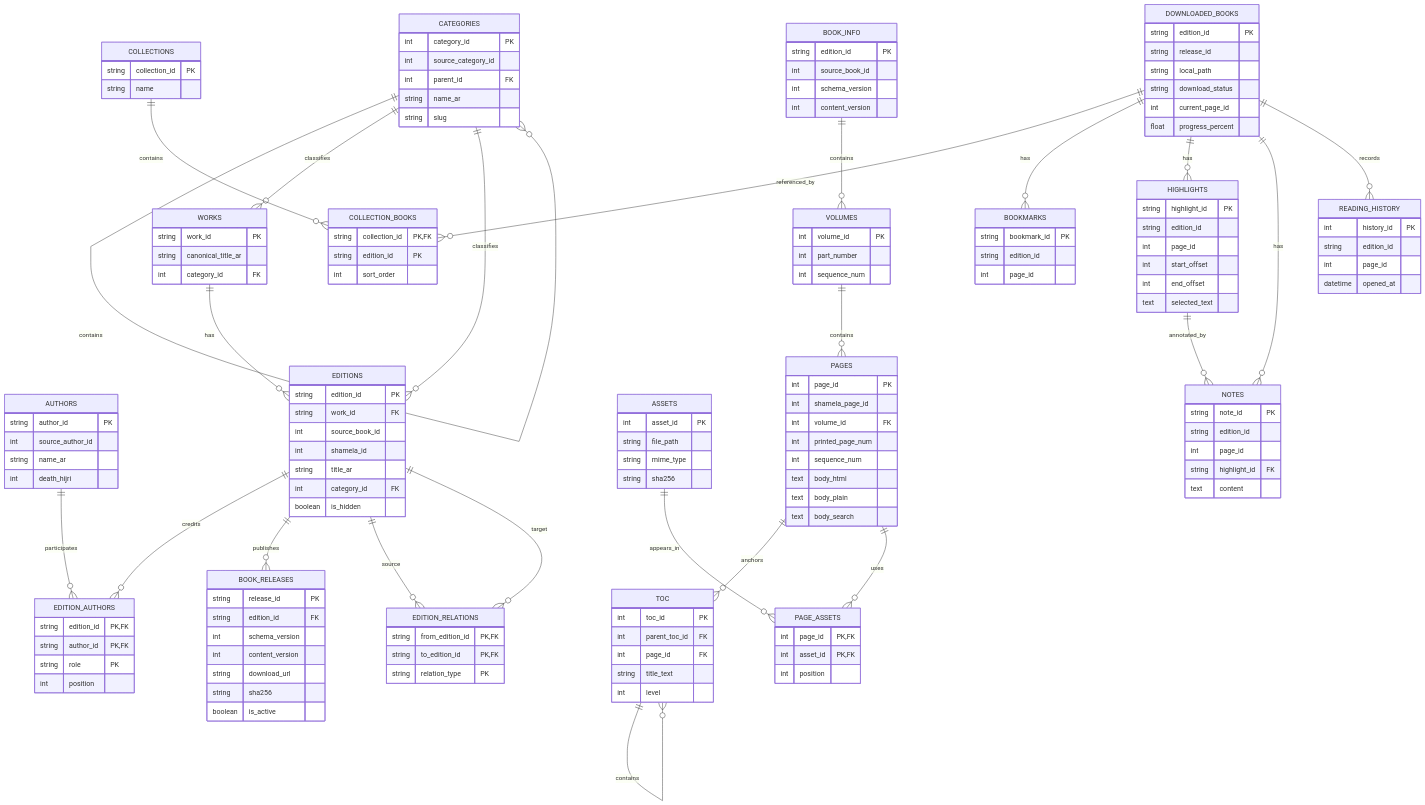
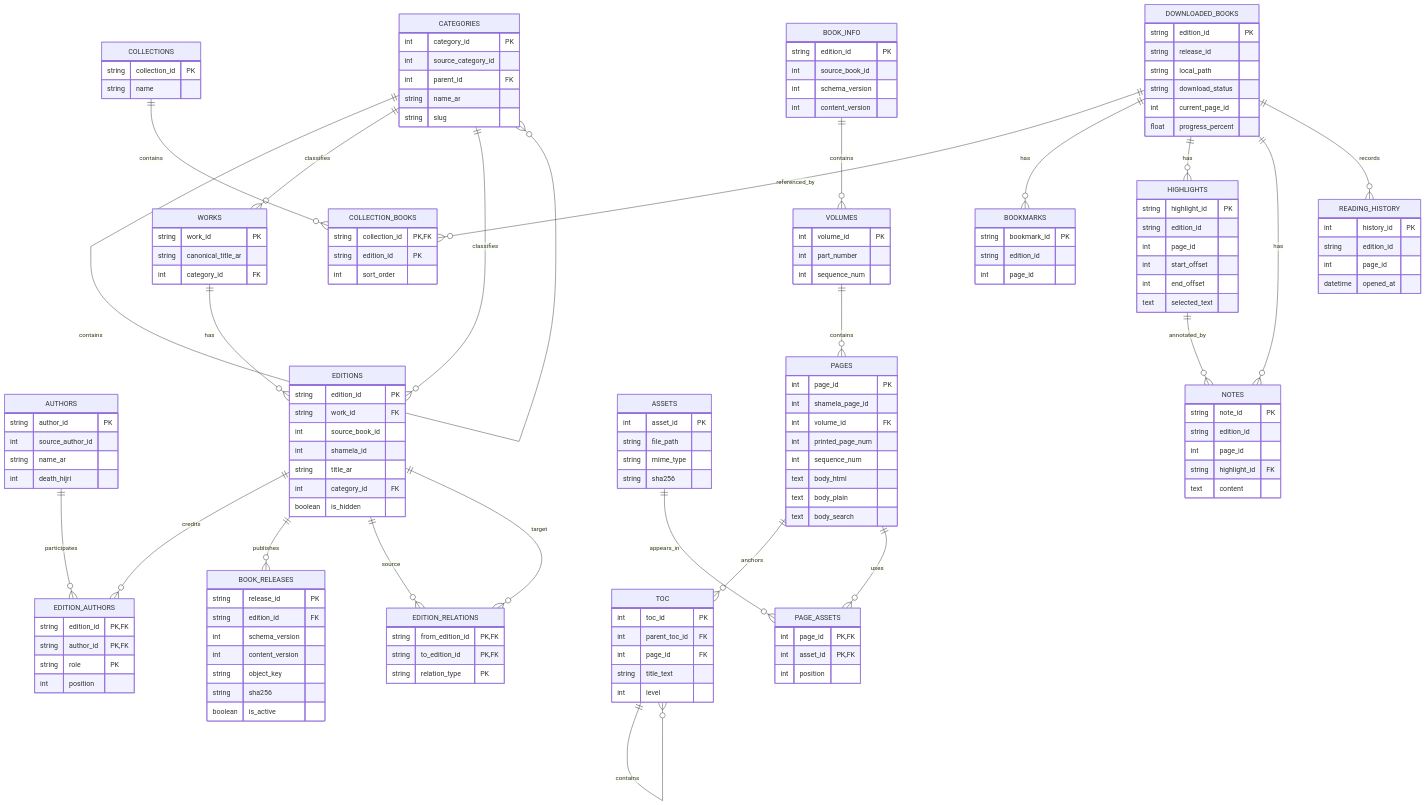
Before and after one commit to sfellah/beytelhikma: the first of 2 diagrams in DATA_MODEL_DESCISION.md, drawn with Mermaid. The commit also changed other lines of this file and 4 other files, not shown here.

Commit message:
docs: aligner le modele de donnees sur object_key et la source configurable

```diff
--- a/DATA_MODEL_DESCISION.md
+++ b/DATA_MODEL_DESCISION.md
@@ -1302,7 +1334,7 @@
         string edition_id FK
         int schema_version
         int content_version
-        string download_url
+        string object_key
         string sha256
         boolean is_active
     }
```
